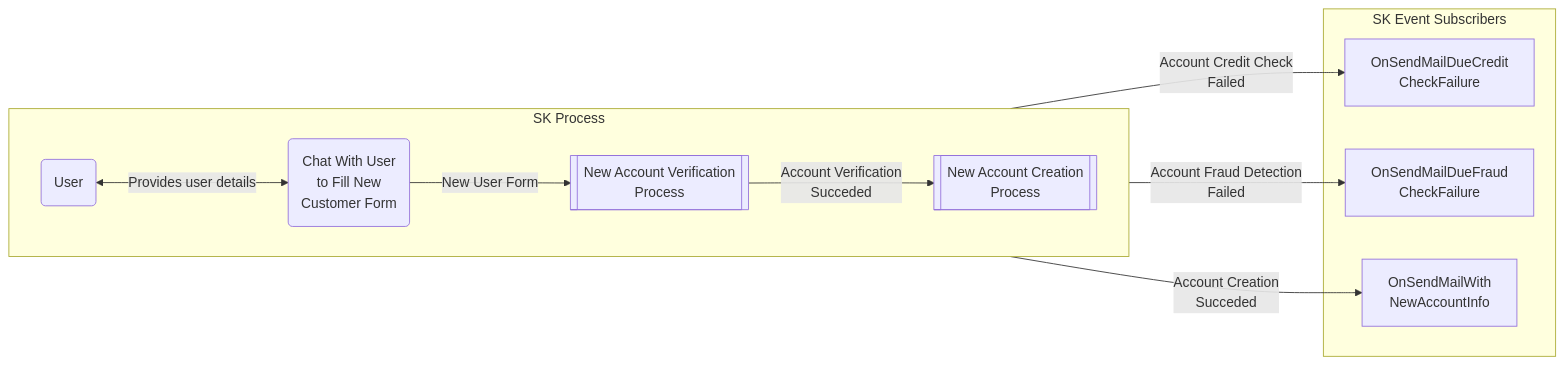
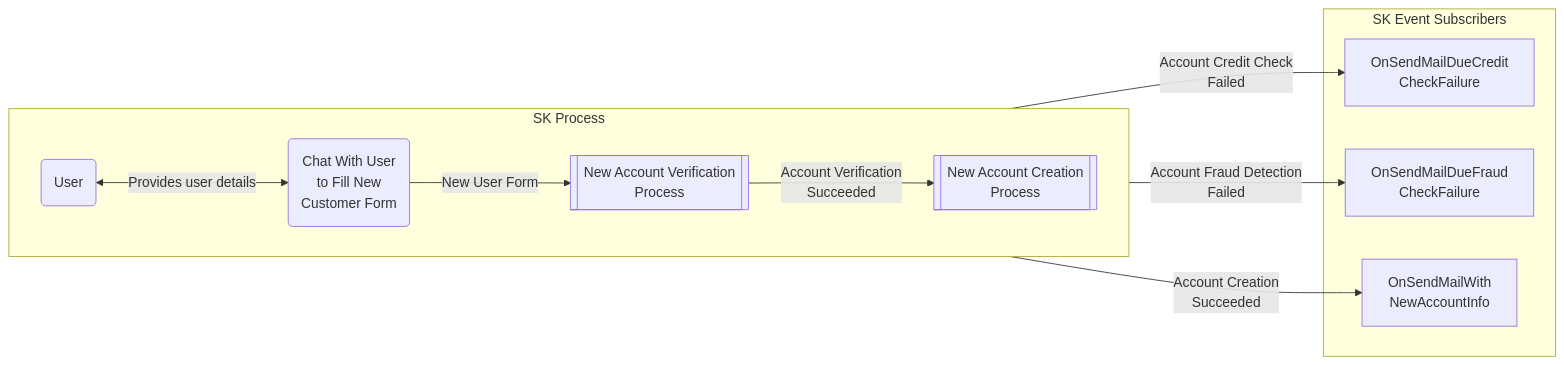
One commit to microsoft/semantic-kernel changed the sixth of 14 diagrams in dotnet/samples/GettingStartedWithProcesses/README.md. Above: the diagram before and after it, drawn with Mermaid. The commit also changed other lines of this file, not shown here.

Commit message:
spelling errors fix

````diff
--- a/dotnet/samples/GettingStartedWithProcesses/README.md
+++ b/dotnet/samples/GettingStartedWithProcesses/README.md
@@ -192,24 +192,24 @@
 ```mermaid
 graph LR
     subgraph EventSubscribers[SK Event Subscribers]
         OnSendMailDueCreditCheckFailure[OnSendMailDueCredit<br/>CheckFailure]
         OnSendMailDueFraudCheckFailure[OnSendMailDueFraud<br/>CheckFailure]
         OnSendMailWithNewAccountInfo[OnSendMailWith<br/>NewAccountInfo]
     end
 
     subgraph Process[SK Process]
         direction LR
         User(User)
         FillForm(Chat With User <br/> to Fill New <br/> Customer Form)
         NewAccountVerification[[New Account Verification<br/> Process]]
         NewAccountCreation[[New Account Creation<br/> Process]]
 
         User<-->|Provides user details|FillForm
-        FillForm-->|New User Form|NewAccountVerification-->|Account Verification <br/> Succeded|NewAccountCreation
+        FillForm-->|New User Form|NewAccountVerification-->|Account Verification <br/> Succeeded|NewAccountCreation
     end
 
     NewAccountVerification-->|Account Credit Check <br/> Failed|OnSendMailDueCreditCheckFailure
     NewAccountVerification-->|Account Fraud Detection<br/> Failed|OnSendMailDueFraudCheckFailure
-    NewAccountCreation-->|Account Creation<br/> Succeded|OnSendMailWithNewAccountInfo
+    NewAccountCreation-->|Account Creation<br/> Succeeded|OnSendMailWithNewAccountInfo
 
 ```
````
